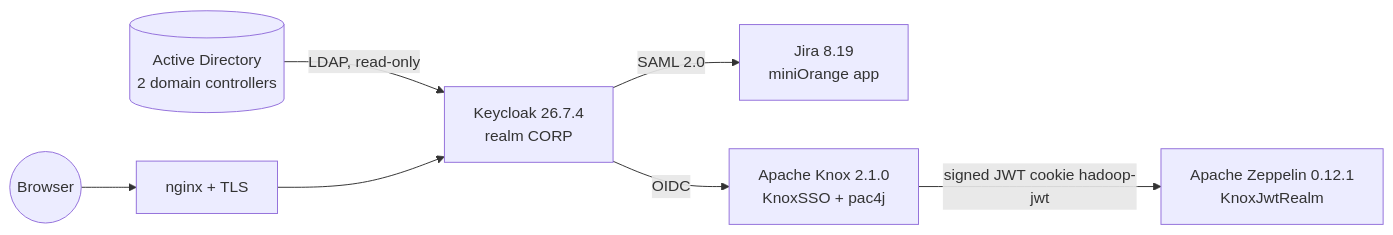
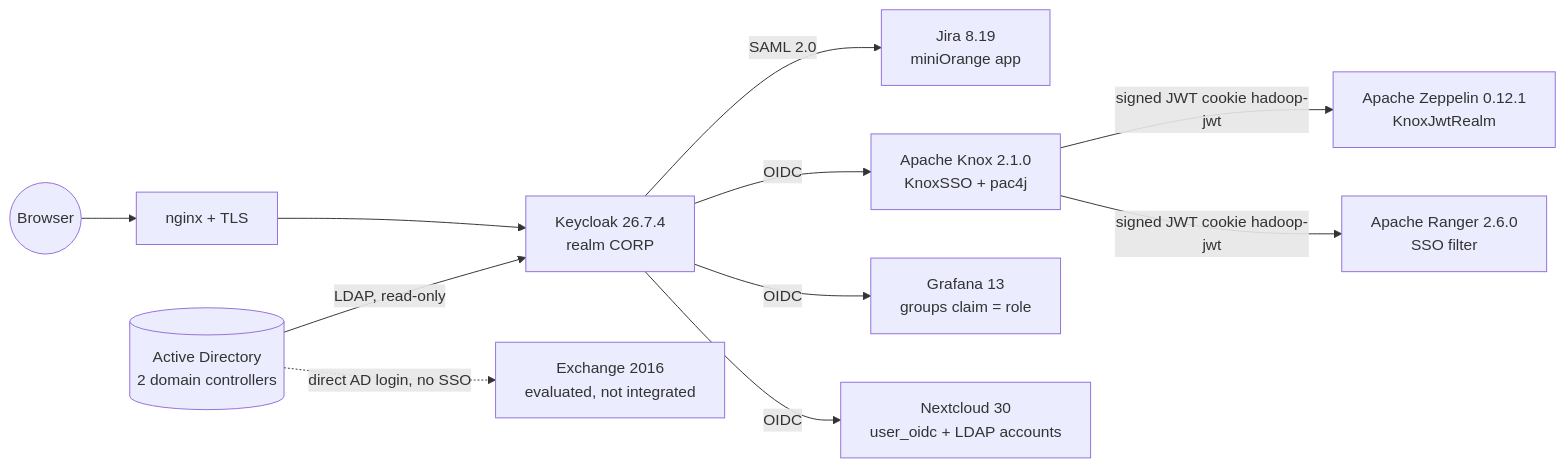
The diagram in README.md (AnsariSepehr/enterprise-sso-keycloak), drawn with Mermaid before and after one commit. The commit also changed other lines of this file, not shown here.

````diff
--- a/README.md
+++ b/README.md
@@ -13,8 +14,12 @@
 ```mermaid
 flowchart LR
   AD[(Active Directory<br/>2 domain controllers)] -- LDAP, read-only --> KC[Keycloak 26.7.4<br/>realm CORP]
   KC -- SAML 2.0 --> JIRA[Jira 8.19<br/>miniOrange app]
   KC -- OIDC --> KNOX[Apache Knox 2.1.0<br/>KnoxSSO + pac4j]
   KNOX -- "signed JWT cookie hadoop-jwt" --> ZEP[Apache Zeppelin 0.12.1<br/>KnoxJwtRealm]
+  KNOX -- "signed JWT cookie hadoop-jwt" --> RNG[Apache Ranger 2.6.0<br/>SSO filter]
+  KC -- OIDC --> GRAF[Grafana 13<br/>groups claim = role]
+  KC -- OIDC --> NC[Nextcloud 30<br/>user_oidc + LDAP accounts]
+  AD -. direct AD login, no SSO .-> EXCH[Exchange 2016<br/>evaluated, not integrated]
   U((Browser)) --> NGINX[nginx + TLS] --> KC
 ```
````
